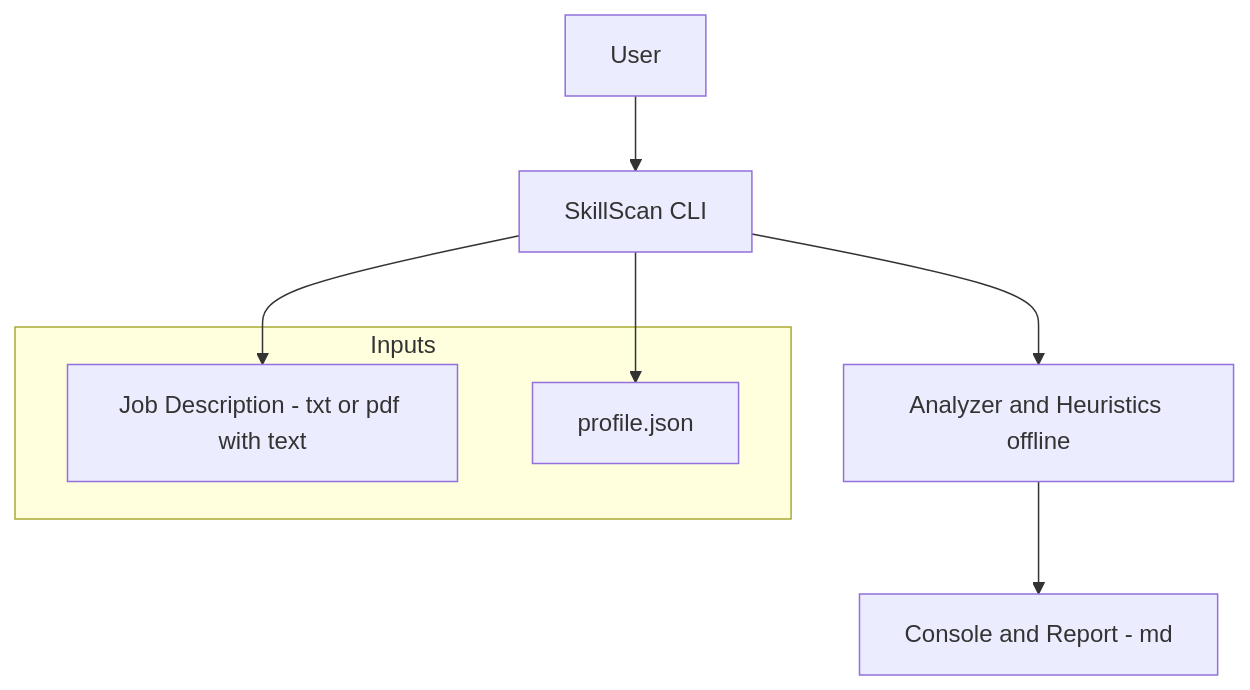
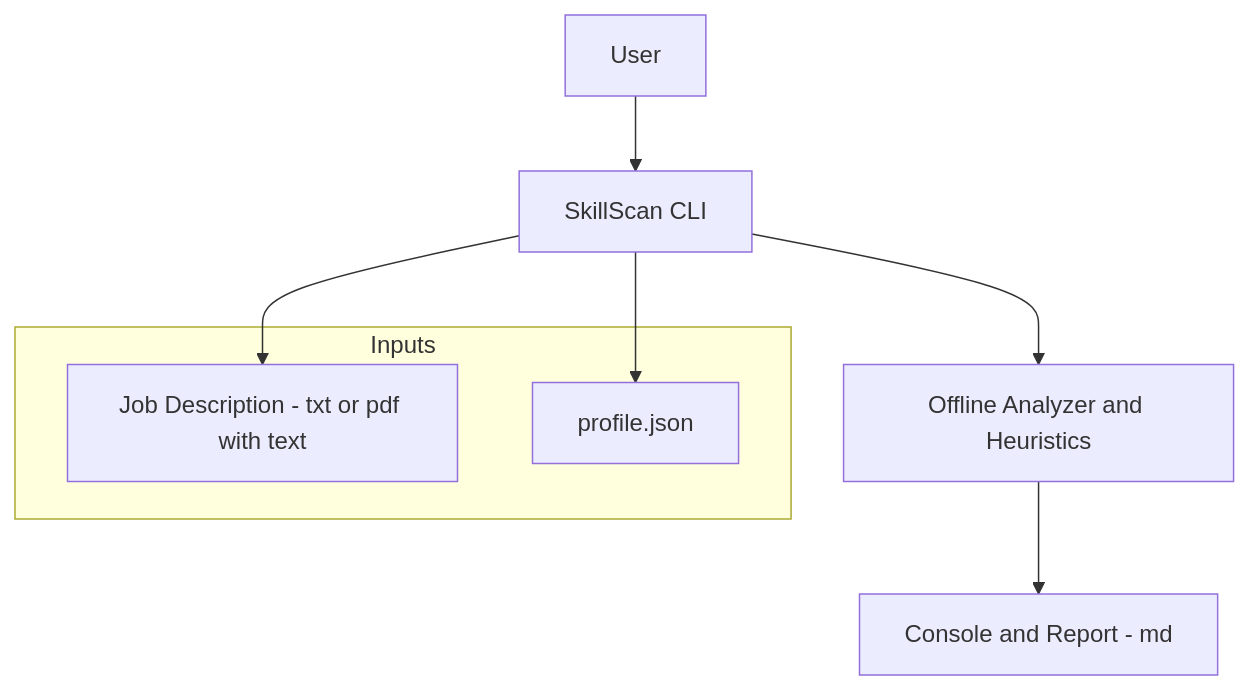
The diagram in context/tech-context.md (rafaeloliveiralopes/SkillScan), drawn with Mermaid before and after one commit. The commit also changed other lines of this file, not shown here.

````diff
--- a/context/tech-context.md
+++ b/context/tech-context.md
@@ -34,14 +36,14 @@
 ```mermaid
 flowchart TD
   U[User] --> CLI[SkillScan CLI]
 
   subgraph Inputs
     JD[Job Description - txt or pdf with text]
     PF[profile.json]
   end
 
   CLI --> JD
   CLI --> PF
-  CLI --> Analyzer[Analyzer and Heuristics offline]
+  CLI --> Analyzer[Offline Analyzer and Heuristics]
   Analyzer --> Report[Console and Report - md]
 ```
````
